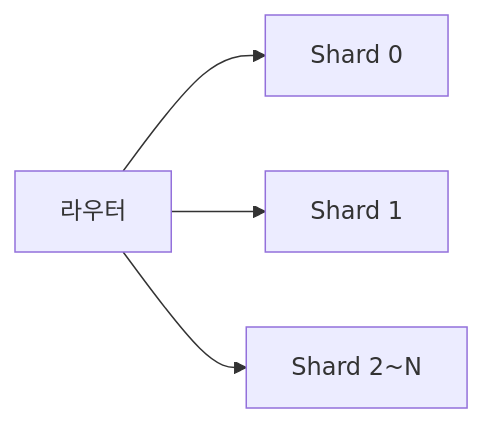
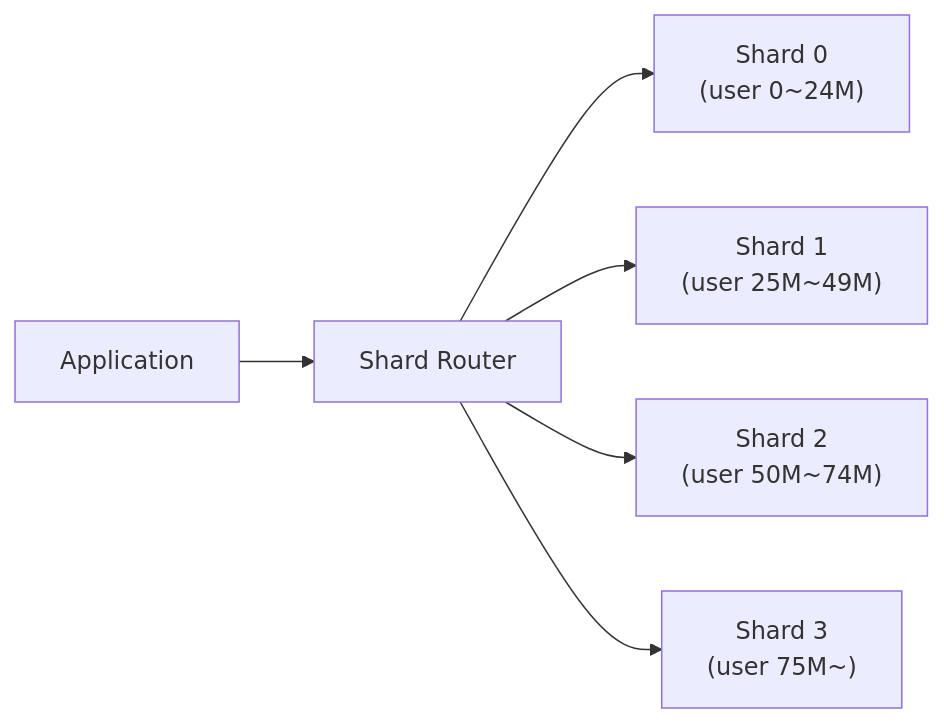
The second of 7 diagrams in _posts/db/2026-05-01-db-sharding.md (yjkim2015/yjkim2015.github.io), drawn with Mermaid before and after one commit. The commit also changed other lines of this file and 4 other files, not shown here.

````diff
--- a/_posts/db/2026-05-01-db-sharding.md
+++ b/_posts/db/2026-05-01-db-sharding.md
@@ -73,6 +90,8 @@
 ```mermaid
 graph LR
-    R["라우터"] --> SH0["Shard 0"]
-    R --> SH1["Shard 1"]
-    R --> SH2["Shard 2~N"]
+    APP["Application"] --> MID["Shard Router"]
+    MID --> S0["Shard 0\n(user 0~24M)"]
+    MID --> S1["Shard 1\n(user 25M~49M)"]
+    MID --> S2["Shard 2\n(user 50M~74M)"]
+    MID --> S3["Shard 3\n(user 75M~)"]
 ```
````
